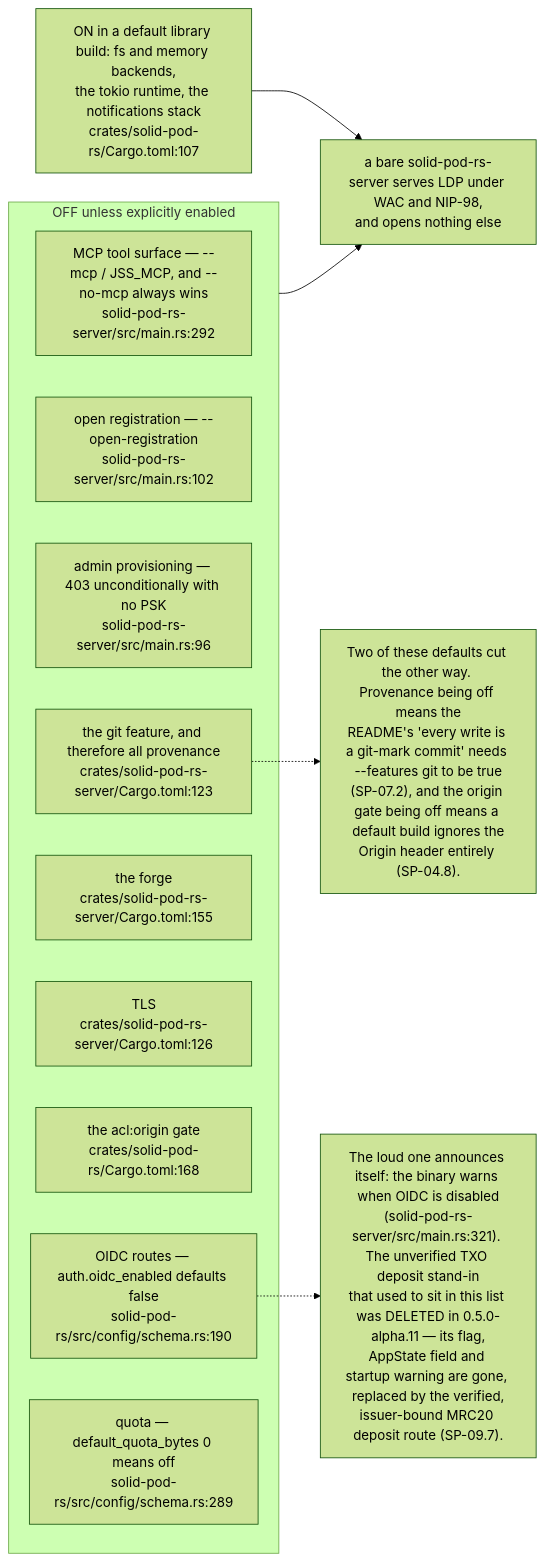
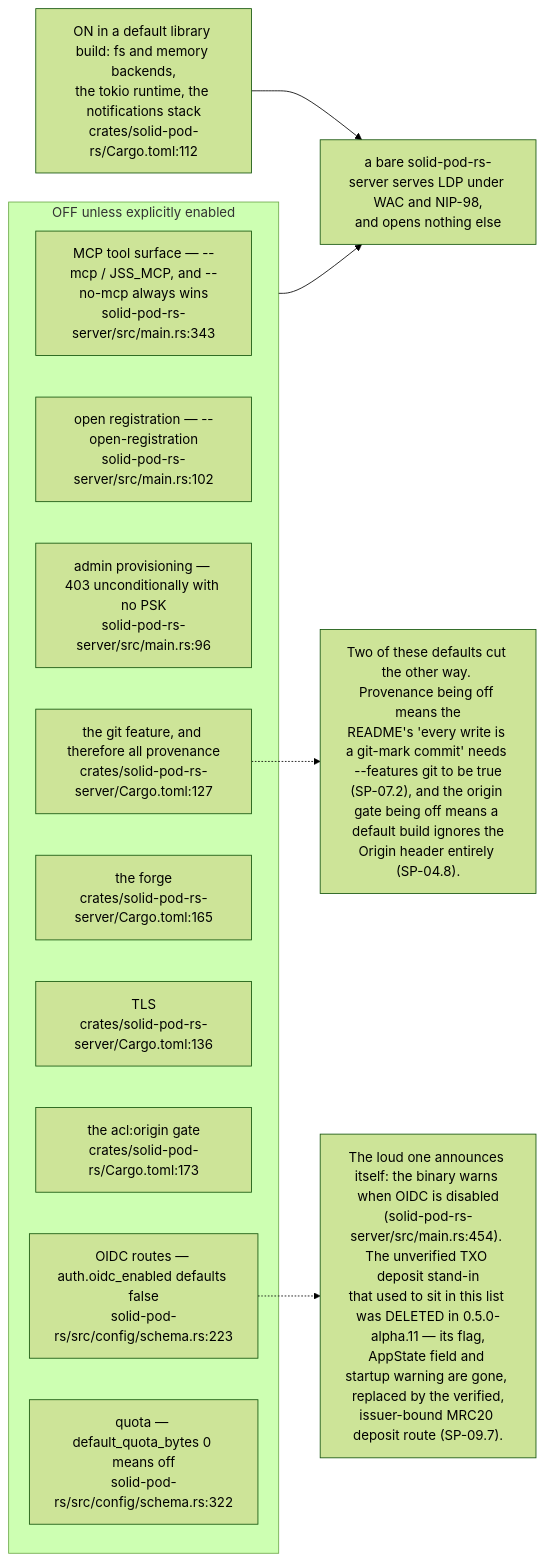
Before and after one commit to DreamLab-AI/VisionFlow: the fifth of 12 diagrams in docs/diagrams/solid-pod-rs/10-failure-modes-and-invariants.md, drawn with Mermaid (forest theme). The commit also changed other lines of this file and 160 other files, not shown here.

````diff
--- a/docs/diagrams/solid-pod-rs/10-failure-modes-and-invariants.md
+++ b/docs/diagrams/solid-pod-rs/10-failure-modes-and-invariants.md
@@ -146,23 +151,23 @@
 ```mermaid
 flowchart LR
     subgraph OFF["OFF unless explicitly enabled"]
-        MCP["MCP tool surface — --mcp / JSS_MCP, and --no-mcp always wins<br/>solid-pod-rs-server/src/main.rs:292"]
+        MCP["MCP tool surface — --mcp / JSS_MCP, and --no-mcp always wins<br/>solid-pod-rs-server/src/main.rs:343"]
         REG["open registration — --open-registration<br/>solid-pod-rs-server/src/main.rs:102"]
         ADM["admin provisioning — 403 unconditionally with no PSK<br/>solid-pod-rs-server/src/main.rs:96"]
-        GIT["the git feature, and therefore all provenance<br/>crates/solid-pod-rs-server/Cargo.toml:123"]
-        FORGE["the forge<br/>crates/solid-pod-rs-server/Cargo.toml:155"]
-        TLS["TLS<br/>crates/solid-pod-rs-server/Cargo.toml:126"]
-        ORG["the acl:origin gate<br/>crates/solid-pod-rs/Cargo.toml:168"]
-        OIDC["OIDC routes — auth.oidc_enabled defaults false<br/>solid-pod-rs/src/config/schema.rs:190"]
-        QUOTA["quota — default_quota_bytes 0 means off<br/>solid-pod-rs/src/config/schema.rs:289"]
+        GIT["the git feature, and therefore all provenance<br/>crates/solid-pod-rs-server/Cargo.toml:127"]
+        FORGE["the forge<br/>crates/solid-pod-rs-server/Cargo.toml:165"]
+        TLS["TLS<br/>crates/solid-pod-rs-server/Cargo.toml:136"]
+        ORG["the acl:origin gate<br/>crates/solid-pod-rs/Cargo.toml:173"]
+        OIDC["OIDC routes — auth.oidc_enabled defaults false<br/>solid-pod-rs/src/config/schema.rs:223"]
+        QUOTA["quota — default_quota_bytes 0 means off<br/>solid-pod-rs/src/config/schema.rs:322"]
     end
-    ON["ON in a default library build: fs and memory backends,<br/>the tokio runtime, the notifications stack<br/>crates/solid-pod-rs/Cargo.toml:107"]
+    ON["ON in a default library build: fs and memory backends,<br/>the tokio runtime, the notifications stack<br/>crates/solid-pod-rs/Cargo.toml:112"]
 
     OFF --> POSTURE["a bare solid-pod-rs-server serves LDP under WAC and NIP-98,<br/>and opens nothing else"]
     ON --> POSTURE
 
     N["Two of these defaults cut the other way. Provenance being off means the<br/>README's 'every write is a git-mark commit' needs --features git to be true<br/>(SP-07.2), and the origin gate being off means a default build ignores the<br/>Origin header entirely (SP-04.8)."]
     GIT -.-> N
-    N2["The loud one announces itself: the binary warns when OIDC is disabled<br/>(solid-pod-rs-server/src/main.rs:321). The unverified TXO deposit stand-in<br/>that used to sit in this list was DELETED in 0.5.0-alpha.11 — its flag,<br/>AppState field and startup warning are gone, replaced by the verified,<br/>issuer-bound MRC20 deposit route (SP-09.7)."]
+    N2["The loud one announces itself: the binary warns when OIDC is disabled<br/>(solid-pod-rs-server/src/main.rs:454). The unverified TXO deposit stand-in<br/>that used to sit in this list was DELETED in 0.5.0-alpha.11 — its flag,<br/>AppState field and startup warning are gone, replaced by the verified,<br/>issuer-bound MRC20 deposit route (SP-09.7)."]
     OIDC -.-> N2
 ```
````
